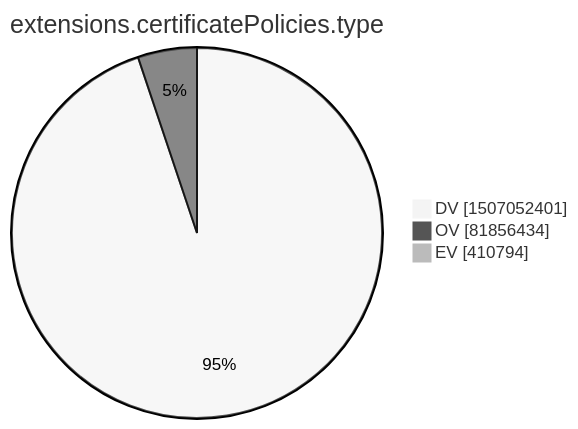
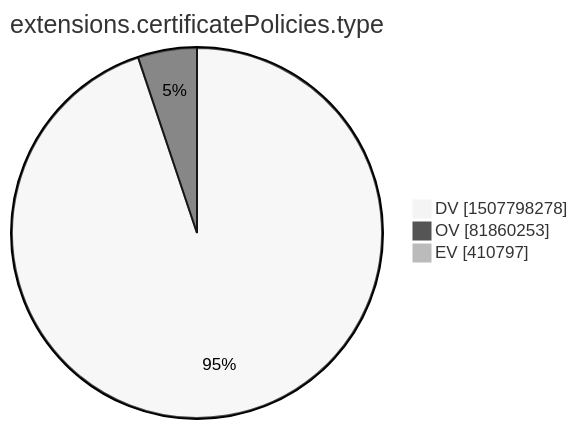
Before and after one commit to christiankrug/ctmonitor_visualization: the tenth of 15 diagrams in xenon2022/README.md, drawn with Mermaid (neutral theme). The commit also changed other lines of this file, not shown here.

````diff
--- a/xenon2022/README.md
+++ b/xenon2022/README.md
@@ -2875,7 +2875,7 @@
 ```mermaid
 pie showData
 title extensions.certificatePolicies.type
-"DV" :1507052401
-"OV" :81856434
-"EV" :410794
+"DV" :1507798278
+"OV" :81860253
+"EV" :410797
 ```
````
